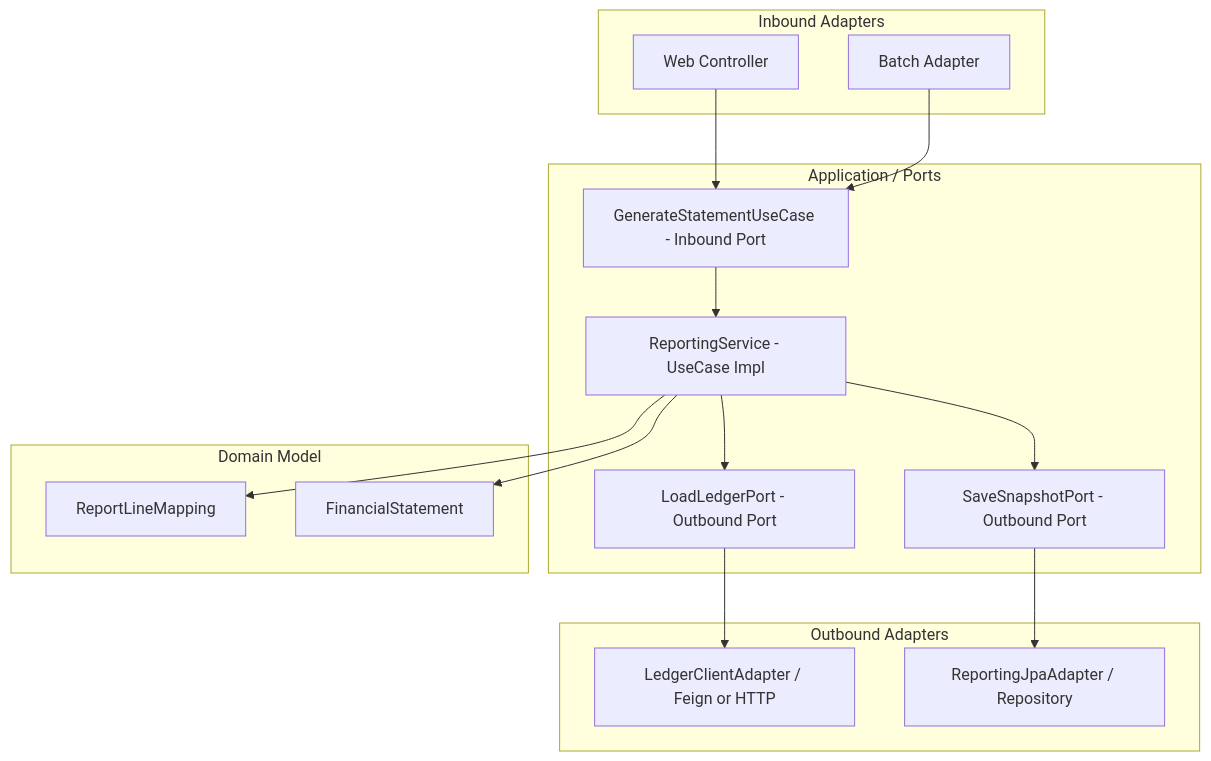
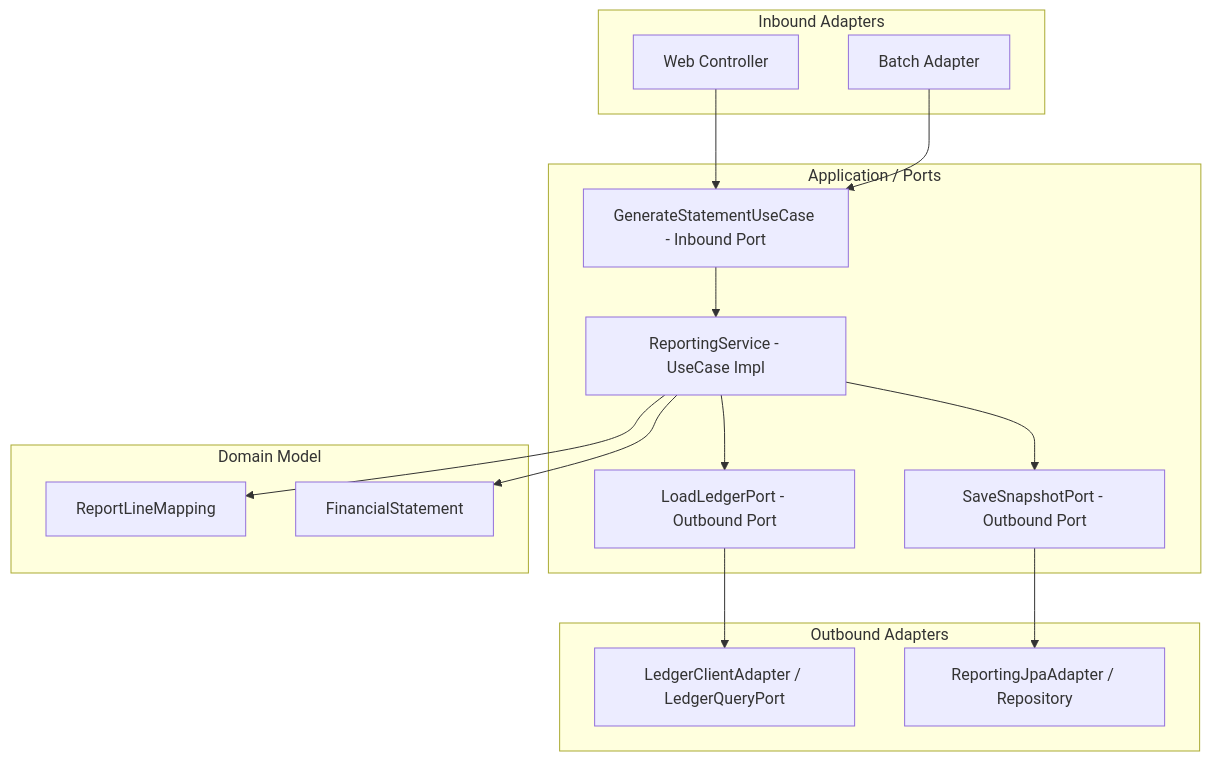
Before and after one commit to skyg547/account: the diagram in reporting/docs/process-flow.md, drawn with Mermaid. The commit also changed other lines of this file and 66 other files, not shown here.

First line of the commit message:
feat(architecture): 헥사고날 아키텍처/SCD2 고도화 및 대사 복합매칭 도입

````diff
--- a/reporting/docs/process-flow.md
+++ b/reporting/docs/process-flow.md
@@ -16,34 +16,34 @@
 ```mermaid
 flowchart TD
     subgraph Inbound Adapters
         A[Web Controller]
         B[Batch Adapter]
     end
     
     subgraph Application / Ports
         C[GenerateStatementUseCase - Inbound Port]
         D[ReportingService - UseCase Impl]
         E[LoadLedgerPort - Outbound Port]
         F[SaveSnapshotPort - Outbound Port]
     end
     
     subgraph Domain Model
         G[ReportLineMapping]
         H[FinancialStatement]
     end
     
     subgraph Outbound Adapters
-        I[LedgerClientAdapter / Feign or HTTP]
+        I[LedgerClientAdapter / LedgerQueryPort]
         J[ReportingJpaAdapter / Repository]
     end
 
     A --> C
     B --> C
     C --> D
     D --> G
     D --> H
     D --> E
     D --> F
     E --> I
     F --> J
 ```
````
